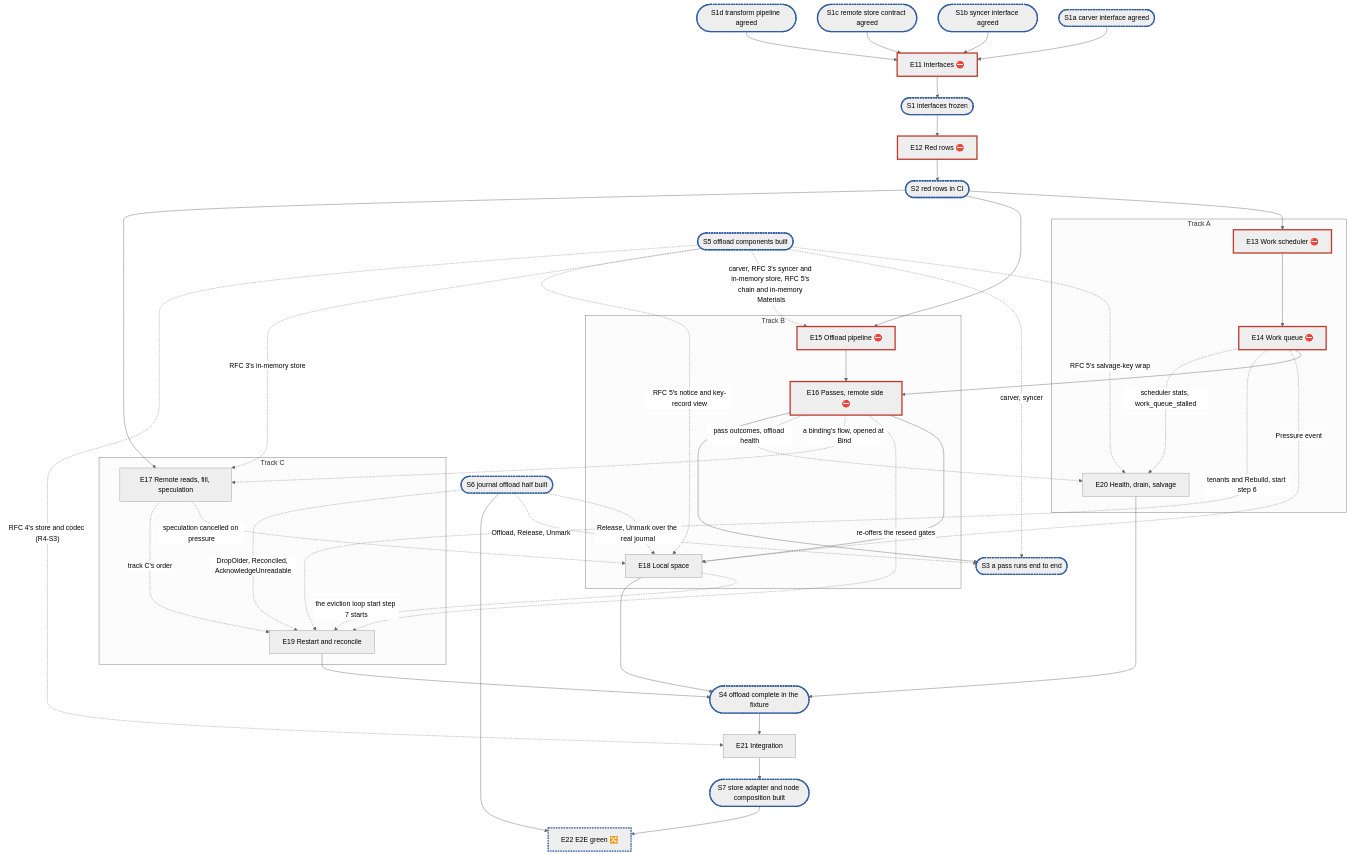
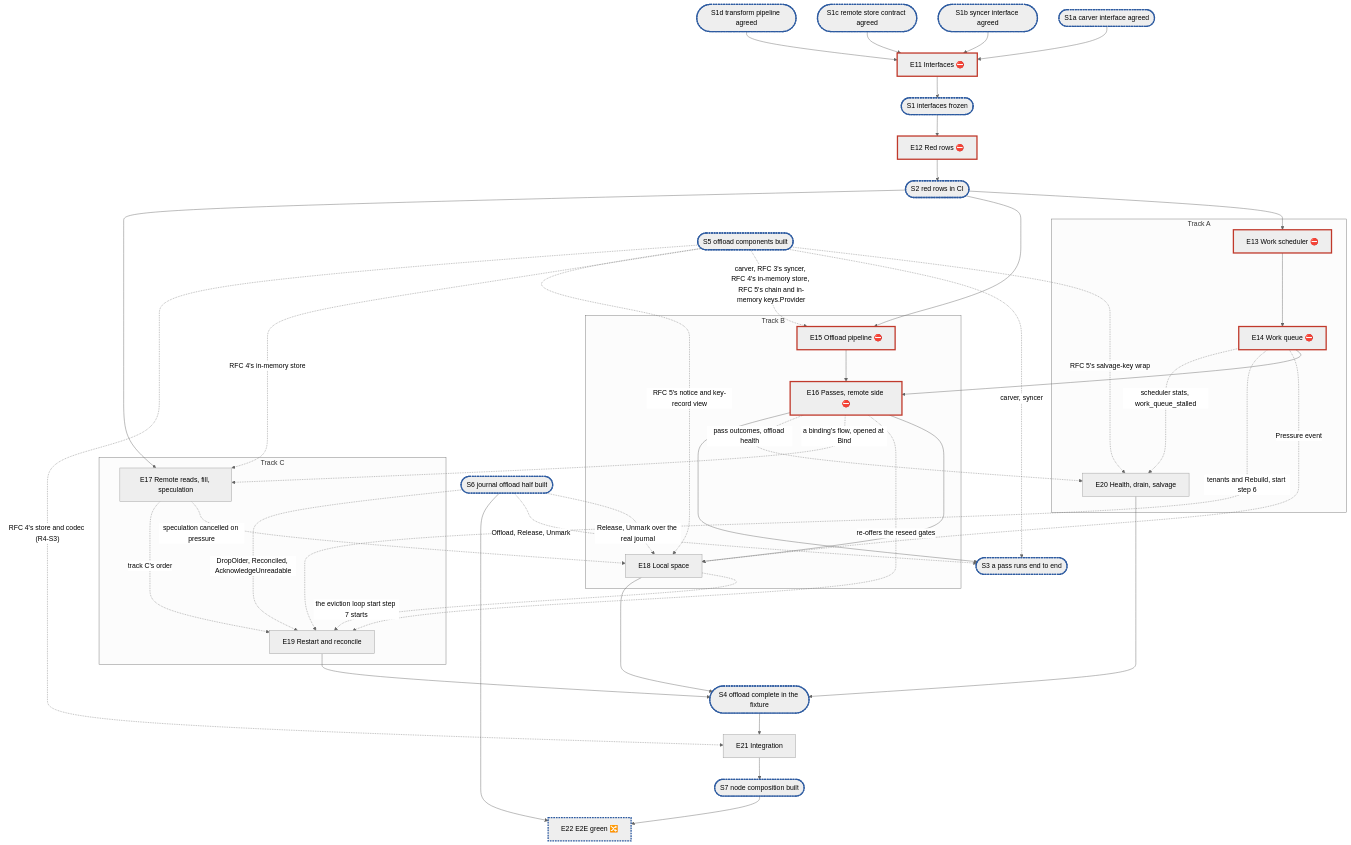
The diagram in .planning/rfc-8-offload-engine-plan.md (cubbit/dittofs), drawn with Mermaid (neutral theme) before and after one commit. The commit also changed other lines of this file and 6 other files, not shown here.

First line of the commit message:
docs(planning): RFC 8 offload plan follows the amended RFC 0 §1.2 and the new syncer seam

````diff
--- a/.planning/rfc-8-offload-engine-plan.md
+++ b/.planning/rfc-8-offload-engine-plan.md
@@ -398,47 +425,47 @@
 ```mermaid
 flowchart TD
   S1a(["S1a carver interface agreed"]):::sync --> E11
   S1b(["S1b syncer interface agreed"]):::sync --> E11
   S1c(["S1c remote store contract agreed"]):::sync --> E11
   S1d(["S1d transform pipeline agreed"]):::sync --> E11
   E11["E11 Interfaces ⛔"]:::blocker --> S1(["S1 interfaces frozen"]):::sync
   S1 --> E12["E12 Red rows ⛔"]:::blocker --> S2(["S2 red rows in CI"]):::sync
   subgraph A["Track A"]
     E13["E13 Work scheduler ⛔"]:::blocker --> E14["E14 Work queue ⛔"]:::blocker
     E20["E20 Health, drain, salvage"]
   end
   subgraph B["Track B"]
     E15["E15 Offload pipeline ⛔"]:::blocker --> E16["E16 Passes, remote side ⛔"]:::blocker --> E18["E18 Local space"]
   end
   subgraph C["Track C"]
     E17["E17 Remote reads, fill, speculation"]
     E19["E19 Restart and reconcile"]
   end
   S2 --> E13 & E15 & E17
   E14 --> E16
   E14 -. "Pressure event" .-> E18
   E14 -. "tenants and Rebuild, start step 6" .-> E19
   E14 -. "scheduler stats, work_queue_stalled" .-> E20
   E16 -. "re-offers the reseed gates" .-> E19
   E16 -. "a binding's flow, opened at Bind" .-> E17
   E18 -. "the eviction loop start step 7 starts" .-> E19
   E16 -. "pass outcomes, offload health" .-> E20
   E17 -. "speculation cancelled on pressure" .-> E18
   E17 -. "track C's order" .-> E19
   S5(["S5 offload components built"]):::sync -. "carver, syncer" .-> S3
-  S5 -. "carver, RFC 3's syncer and in-memory store, RFC 5's chain and in-memory Materials" .-> E15
-  S5 -. "RFC 3's in-memory store" .-> E17
+  S5 -. "carver, RFC 3's syncer, RFC 4's in-memory store, RFC 5's chain and in-memory keys.Provider" .-> E15
+  S5 -. "RFC 4's in-memory store" .-> E17
   S5 -. "RFC 5's notice and key-record view" .-> E18
   S5 -. "RFC 5's salvage-key wrap" .-> E20
   S6(["S6 journal offload half built"]):::sync -. "Offload, Release, Unmark" .-> S3
   E16 --> S3(["S3 a pass runs end to end"]):::sync
   S6 -. "DropOlder, Reconciled, AcknowledgeUnreadable" .-> E19
   S6 -. "Release, Unmark over the real journal" .-> E18
   E18 & E19 & E20 --> S4(["S4 offload complete in the fixture"]):::sync
   S4 --> E21["E21 Integration"]
   S5 -. "RFC 4's store and codec (R4-S3)" .-> E21
-  E21 --> S7(["S7 store adapter and node composition built"]):::sync --> E22["E22 E2E green 🔀"]:::sync
+  E21 --> S7(["S7 node composition built"]):::sync --> E22["E22 E2E green 🔀"]:::sync
   S6 --> E22
   classDef blocker stroke:#c0392b,stroke-width:3px
   classDef sync stroke:#2c5aa0,stroke-width:3px,stroke-dasharray:4 2
 ```
````
